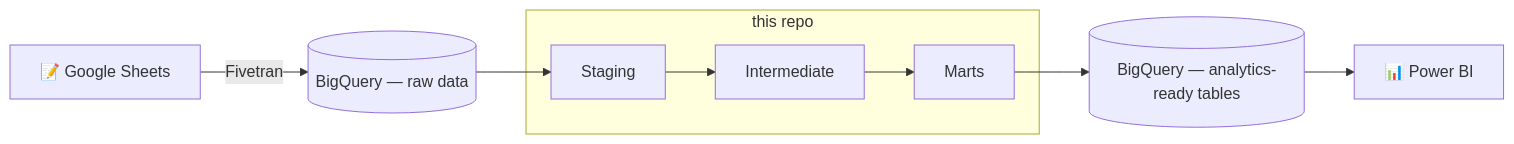
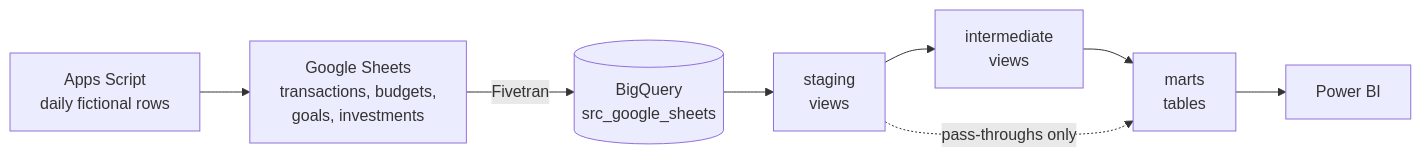
The diagram in README.md (clayamakita/personal_finances_dbt), drawn with Mermaid before and after one commit. The commit also changed other lines of this file and 2 other files, not shown here.

````diff
--- a/README.md
+++ b/README.md
@@ -15,15 +66,10 @@
 ```mermaid
 flowchart LR
-    A[📝 Google Sheets] -->|Fivetran| B[(BigQuery — raw data)]
-    B --> C[Staging]
-    C --> D[Intermediate]
-    D --> E[Marts]
-    E --> F[(BigQuery — analytics-ready tables)]
-    F --> G[📊 Power BI]
-
-    subgraph this repo
-    C
-    D
-    E
-    end
+    S[Apps Script<br/>daily fictional rows] --> A
+    A[Google Sheets<br/>transactions, budgets,<br/>goals, investments] -->|Fivetran| B[(BigQuery<br/>src_google_sheets)]
+    B --> C[staging<br/>views]
+    C --> D[intermediate<br/>views]
+    D --> E[marts<br/>tables]
+    C -.->|pass-throughs only| E
+    E --> F[Power BI]
 ```
````
